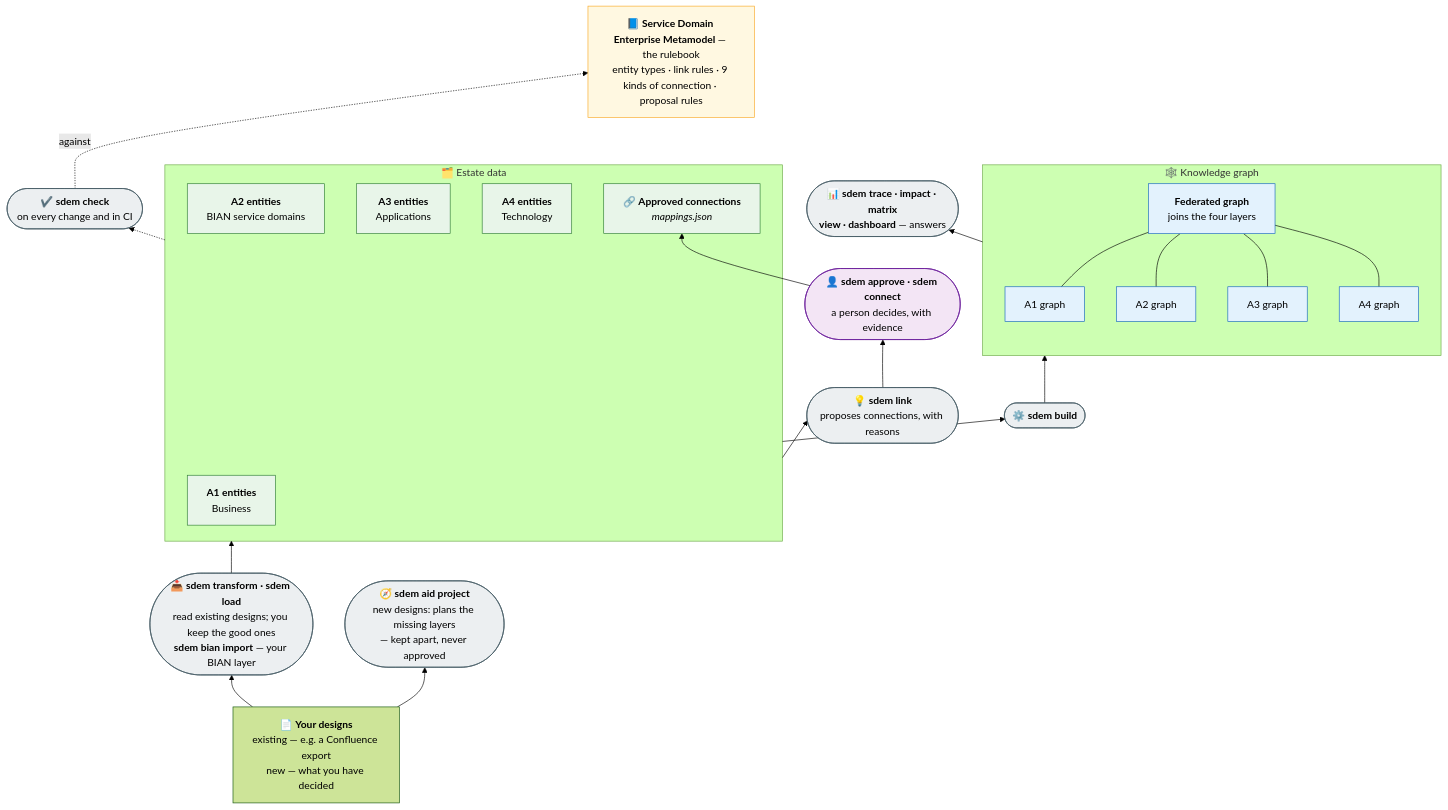
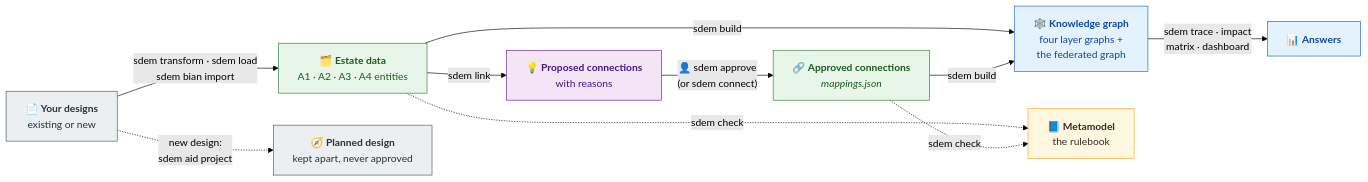
One commit to taumoeps/bian-sdem-framework changed the fourth of 9 diagrams in README.md. Above: the diagram before and after it, drawn with Mermaid (forest theme). The commit also changed other lines of this file and 1 other file, not shown here.

Commit message:
README: the tools diagram as one left-to-right flow with the commands on its steps; every coloured diagram box sets its text colour (readable in GitHub's dark theme)

````diff
--- a/README.md
+++ b/README.md
@@ -104,44 +104,30 @@
 ```mermaid
-flowchart BT
-    IN["📄 <b>Your designs</b><br/>existing — e.g. a Confluence export<br/>new — what you have decided"]
-    subgraph DATA["🗂️ Estate data"]
-        E1["<b>A1 entities</b><br/>Business"]
-        E2["<b>A2 entities</b><br/>BIAN service domains"]
-        E3["<b>A3 entities</b><br/>Applications"]
-        E4["<b>A4 entities</b><br/>Technology"]
-        C["🔗 <b>Approved connections</b><br/><i>mappings.json</i>"]
-    end
-    subgraph KG["🕸️ Knowledge graph"]
-        G1["A1 graph"]
-        G2["A2 graph"]
-        G3["A3 graph"]
-        G4["A4 graph"]
-        F["<b>Federated graph</b><br/>joins the four layers"]
-    end
-    MM["📘 <b>Service Domain Enterprise Metamodel</b> — the rulebook<br/>entity types · link rules · 9 kinds of connection · proposal rules"]
-    T1(["📥 <b>sdem transform · sdem load</b><br/>read existing designs; you keep the good ones<br/><b>sdem bian import</b> — your BIAN layer"])
-    TA(["🧭 <b>sdem aid project</b><br/>new designs: plans the missing layers<br/>— kept apart, never approved"])
-    T2(["✔️ <b>sdem check</b><br/>on every change and in CI"])
-    T3(["💡 <b>sdem link</b><br/>proposes connections, with reasons"])
-    T4(["👤 <b>sdem approve · sdem connect</b><br/>a person decides, with evidence"])
-    T5(["⚙️ <b>sdem build</b>"])
-    T6(["📊 <b>sdem trace · impact · matrix<br/>view · dashboard</b> — answers"])
-    IN --> T1 --> DATA
-    IN --> TA
-    DATA --> T3 --> T4 --> C
-    DATA --> T5 --> KG
-    G1 & G2 & G3 & G4 --- F
-    KG --> T6
-    DATA -.-> T2 -.->|"against"| MM
-    F ~~~ MM
-    classDef r fill:#FFF8E1,stroke:#F9A825
-    classDef d fill:#E8F5E9,stroke:#2E7D32
-    classDef g fill:#E3F2FD,stroke:#1565C0
-    classDef t fill:#ECEFF1,stroke:#455A64
-    classDef p fill:#F3E5F5,stroke:#6A1B9A
+flowchart LR
+    IN["📄 <b>Your designs</b><br/>existing or new"]
+    D["🗂️ <b>Estate data</b><br/>A1 · A2 · A3 · A4 entities"]
+    P["💡 <b>Proposed connections</b><br/>with reasons"]
+    C["🔗 <b>Approved connections</b><br/><i>mappings.json</i>"]
+    K["🕸️ <b>Knowledge graph</b><br/>four layer graphs +<br/>the federated graph"]
+    A["📊 <b>Answers</b>"]
+    PL["🧭 <b>Planned design</b><br/>kept apart, never approved"]
+    MM["📘 <b>Metamodel</b><br/>the rulebook"]
+    IN -->|"sdem transform · sdem load<br/>sdem bian import"| D
+    IN -.->|"new design:<br/>sdem aid project"| PL
+    D -->|"sdem link"| P
+    P -->|"👤 sdem approve<br/>(or sdem connect)"| C
+    D -->|"sdem build"| K
+    C -->|"sdem build"| K
+    K -->|"sdem trace · impact<br/>matrix · dashboard"| A
+    D -.->|"sdem check"| MM
+    C -.->|"sdem check"| MM
+    classDef r fill:#FFF8E1,stroke:#F9A825,color:#3E2723
+    classDef d fill:#E8F5E9,stroke:#2E7D32,color:#1B5E20
+    classDef g fill:#E3F2FD,stroke:#1565C0,color:#0D47A1
+    classDef p fill:#F3E5F5,stroke:#6A1B9A,color:#4A148C
+    classDef o fill:#ECEFF1,stroke:#455A64,color:#263238
     class MM r
-    class E1,E2,E3,E4,C d
-    class G1,G2,G3,G4,F g
-    class T1,TA,T2,T3,T5,T6 t
-    class T4 p
+    class D,C d
+    class K,A g
+    class P p
+    class IN,PL o
 ```
````
